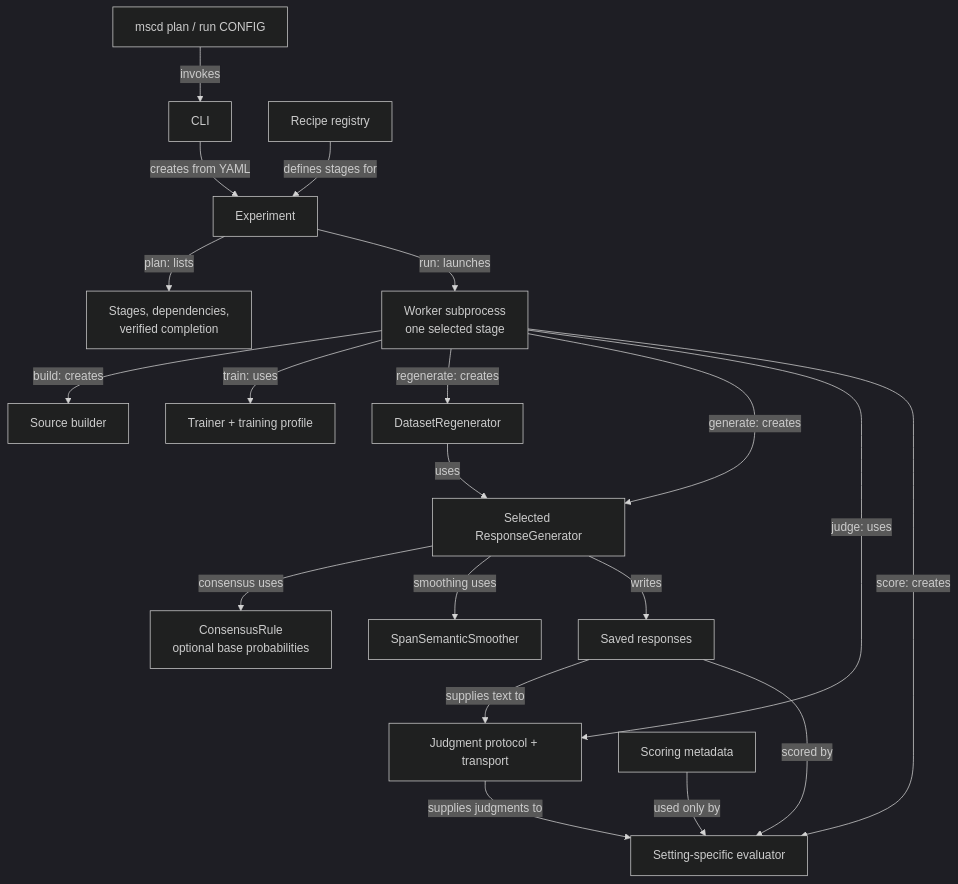
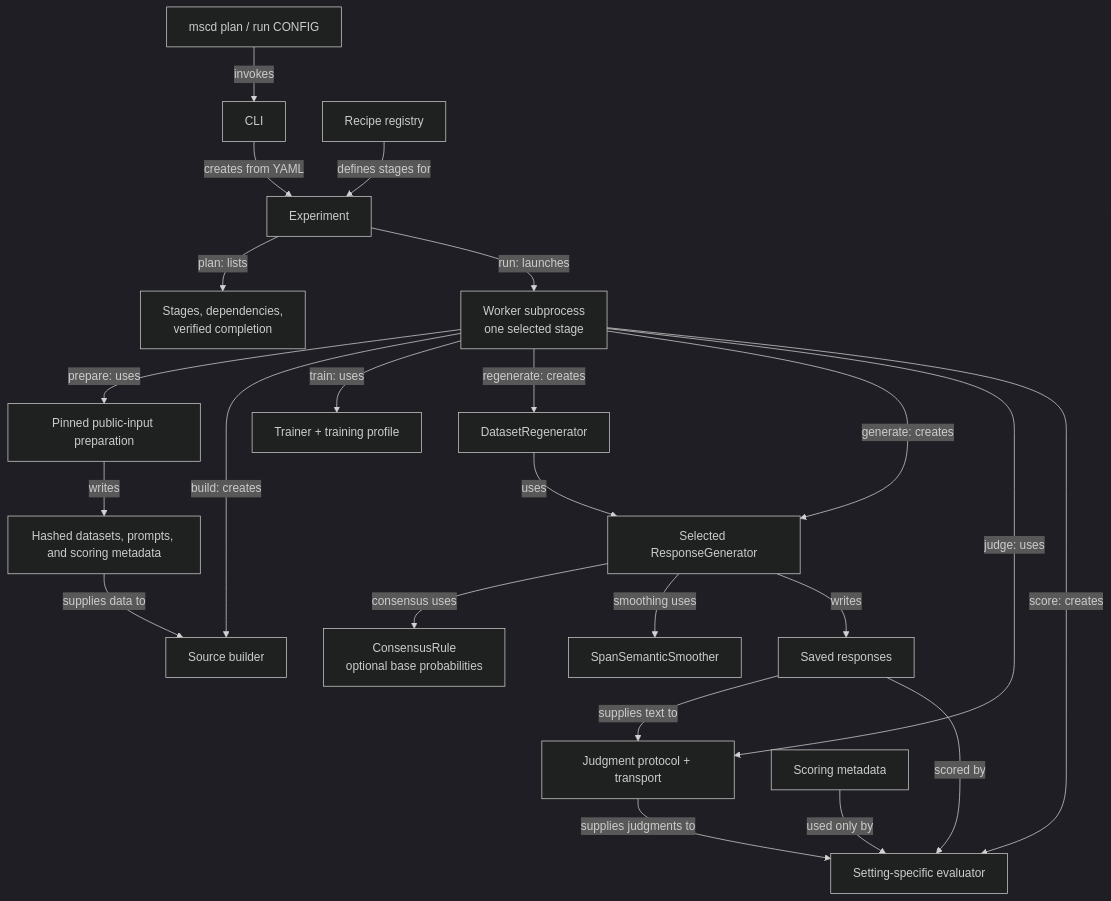
The diagram in README.md (AdhyyanNarang/consensus-aggregation), drawn with Mermaid (dark theme) before and after one commit. The commit also changed other lines of this file and 28 other files, not shown here.

Commit message:
Add fresh MSCD experiment workflows and public input preparation

````diff
--- a/README.md
+++ b/README.md
@@ -46,22 +48,25 @@
 ```mermaid
 flowchart TB
     Command["mscd plan / run CONFIG"] -->|invokes| CLI["CLI"]
     CLI -->|creates from YAML| Experiment["Experiment"]
     Recipe["Recipe registry"] -->|defines stages for| Experiment
     Experiment -->|plan: lists| Preview["Stages, dependencies,<br/>verified completion"]
     Experiment -->|run: launches| Worker["Worker subprocess<br/>one selected stage"]
+    Worker -->|prepare: uses| Prepare["Pinned public-input preparation"]
+    Prepare -->|writes| Inputs["Hashed datasets, prompts, and scoring metadata"]
+    Inputs -->|supplies data to| Builder
     Worker -->|build: creates| Builder["Source builder"]
     Worker -->|train: uses| Trainer["Trainer + training profile"]
     Worker -->|regenerate: creates| Regen["DatasetRegenerator"]
     Worker -->|generate: creates| Generator["Selected ResponseGenerator"]
     Regen -->|uses| Generator
     Generator -->|consensus uses| Rule["ConsensusRule<br/>optional base probabilities"]
     Generator -->|smoothing uses| Smoother["SpanSemanticSmoother"]
     Generator -->|writes| Responses["Saved responses"]
     Worker -->|judge: uses| Judge["Judgment protocol + transport"]
     Responses -->|supplies text to| Judge
     Worker -->|score: creates| Evaluator["Setting-specific evaluator"]
     Responses -->|scored by| Evaluator
     Judge -->|supplies judgments to| Evaluator
     Labels["Scoring metadata"] -->|used only by| Evaluator
 ```
````
